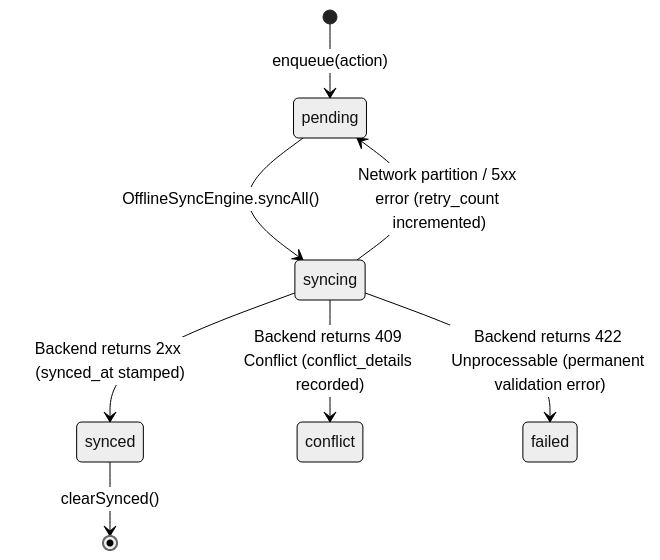
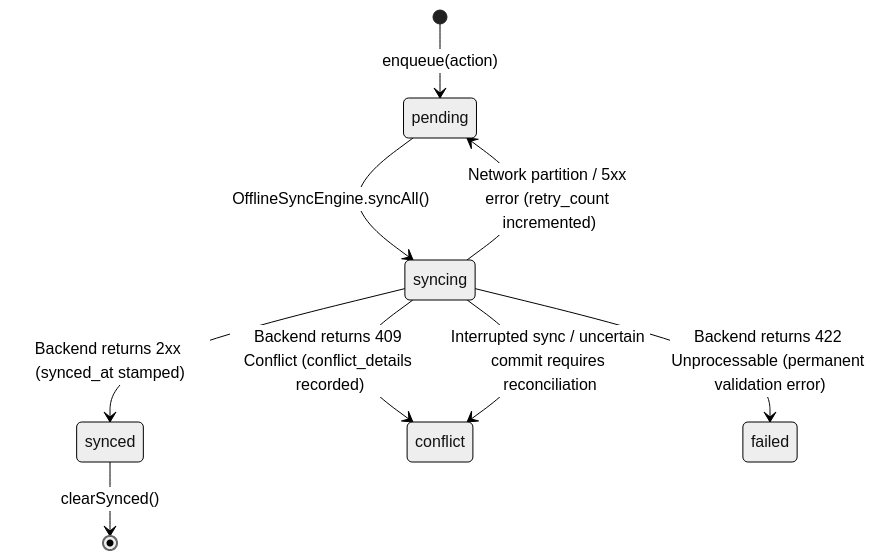
The second of 2 diagrams in docs/architecture/FLUTTER_OFFLINE_QUEUE.md (mykholy/usayd-flutter), drawn with Mermaid (neutral theme) before and after one commit. The commit also changed 8 other files, not shown here.

Commit message:
fix(USYD-72): close final session review findings and quarantine uncertain sync

````diff
--- a/docs/architecture/FLUTTER_OFFLINE_QUEUE.md
+++ b/docs/architecture/FLUTTER_OFFLINE_QUEUE.md
@@ -50,10 +50,11 @@
 ```mermaid
 stateDiagram-v2
     [*] --> pending: enqueue(action)
     pending --> syncing: OfflineSyncEngine.syncAll()
     syncing --> synced: Backend returns 2xx (synced_at stamped)
     syncing --> conflict: Backend returns 409 Conflict (conflict_details recorded)
     syncing --> failed: Backend returns 422 Unprocessable (permanent validation error)
     syncing --> pending: Network partition / 5xx error (retry_count incremented)
+    syncing --> conflict: Interrupted sync / uncertain commit requires reconciliation
     synced --> [*]: clearSynced()
 ```
````
